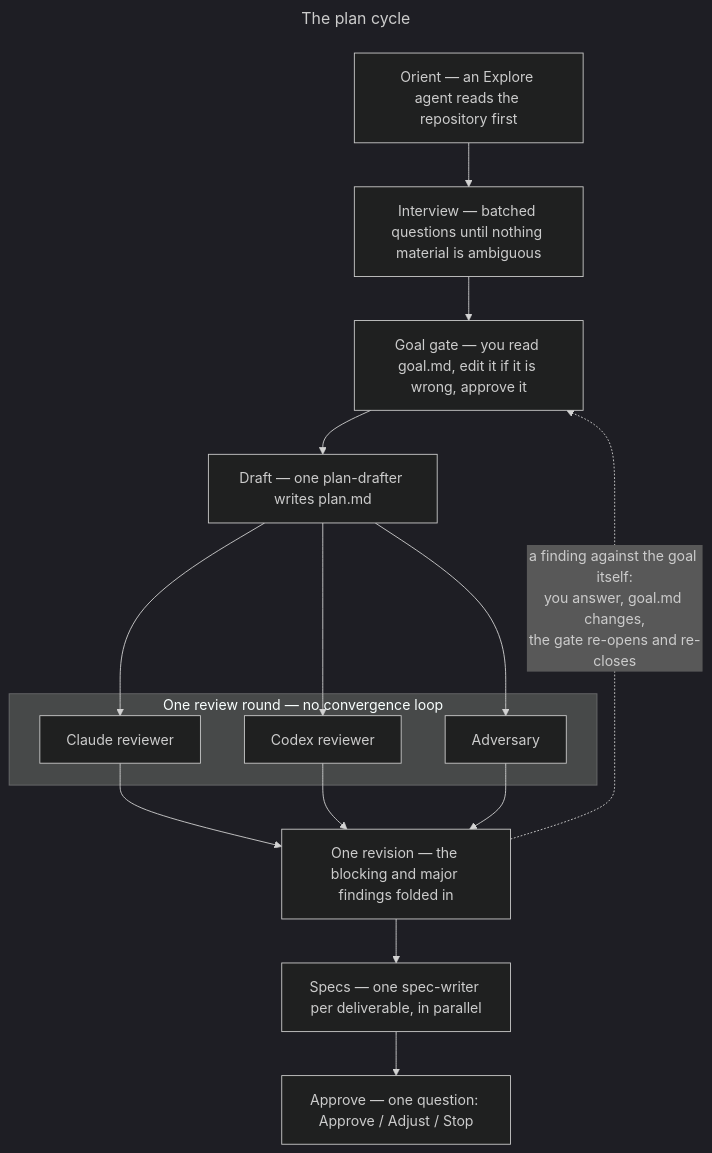
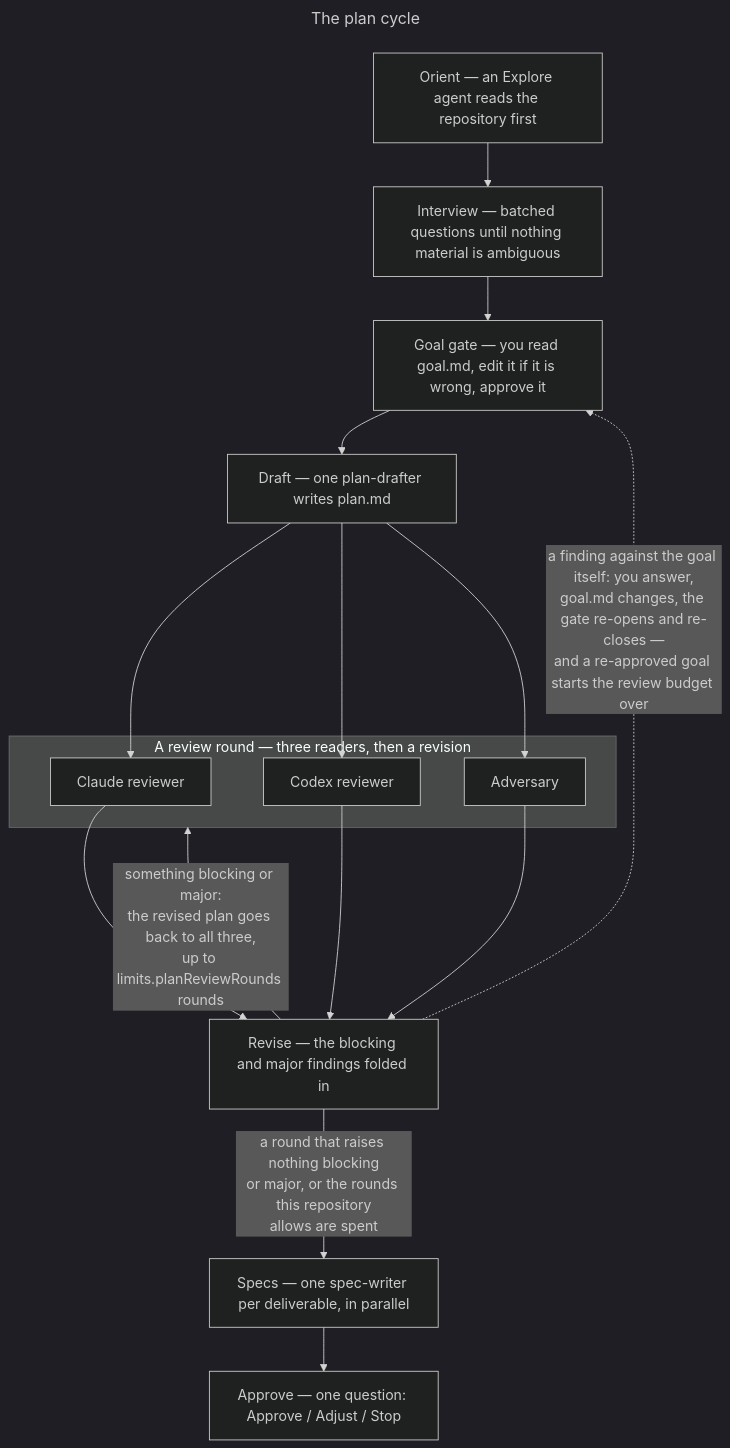
Before and after one commit to Smiley73/tagteam: the second of 4 diagrams in README.md, drawn with Mermaid (dark theme). The commit also changed other lines of this file and 8 other files, not shown here.

````diff
--- a/README.md
+++ b/README.md
@@ -56,34 +56,35 @@
 ```mermaid
 ---
 title: The plan cycle
 ---
 flowchart TD
     orient["Orient — an Explore agent reads the repository first"]
     interview["Interview — batched questions until nothing material is ambiguous"]
     goal["Goal gate — you read goal.md, edit it if it is wrong, approve it"]
     draft["Draft — one plan-drafter writes plan.md"]
     claude["Claude reviewer"]
     codex["Codex reviewer"]
     adversary["Adversary"]
-    revise["One revision — the blocking and major findings folded in"]
+    revise["Revise — the blocking and major findings folded in"]
     specs["Specs — one spec-writer per deliverable, in parallel"]
     approve["Approve — one question: Approve / Adjust / Stop"]
 
     orient --> interview
     interview --> goal
     goal --> draft
-    subgraph review["One review round — no convergence loop"]
+    subgraph review["A review round — three readers, then a revision"]
         claude
         codex
         adversary
     end
     draft --> claude
     draft --> codex
     draft --> adversary
     claude --> revise
     codex --> revise
     adversary --> revise
-    revise -. "a finding against the goal itself:<br>you answer, goal.md changes,<br>the gate re-opens and re-closes" .-> goal
-    revise --> specs
+    revise -->|"something blocking or major:<br>the revised plan goes back to all three,<br>up to limits.planReviewRounds rounds"| review
+    revise -. "a finding against the goal itself: you answer,<br>goal.md changes, the gate re-opens and re-closes —<br>and a re-approved goal starts the review budget over" .-> goal
+    revise -->|"a round that raises nothing blocking<br>or major, or the rounds this repository<br>allows are spent"| specs
     specs --> approve
 ```
````
